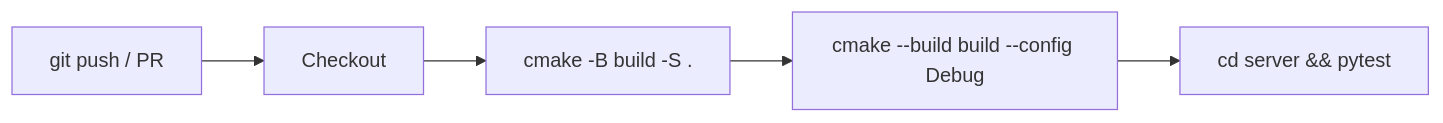
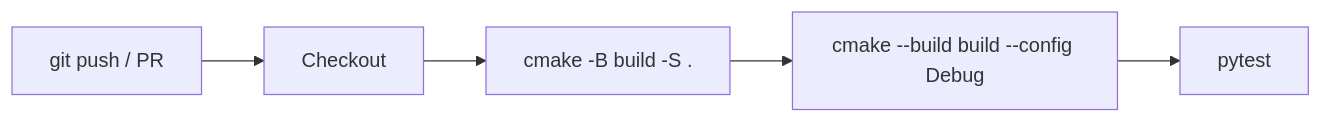
One commit to jesspig/GodotMCP-GDExtension changed the first of 2 diagrams in .repo_wiki/reference/ci-cd.md. Above: the diagram before and after it, drawn with Mermaid. The commit also changed other lines of this file and 17 other files, not shown here.

````diff
--- a/.repo_wiki/reference/ci-cd.md
+++ b/.repo_wiki/reference/ci-cd.md
@@ -7,7 +7,7 @@
 ```mermaid
 flowchart LR
     A[git push / PR] --> B[Checkout]
     B --> C[cmake -B build -S .]
     C --> D[cmake --build build --config Debug]
-    D --> E[cd server && pytest]
+    D --> E[pytest]
 ```
````
